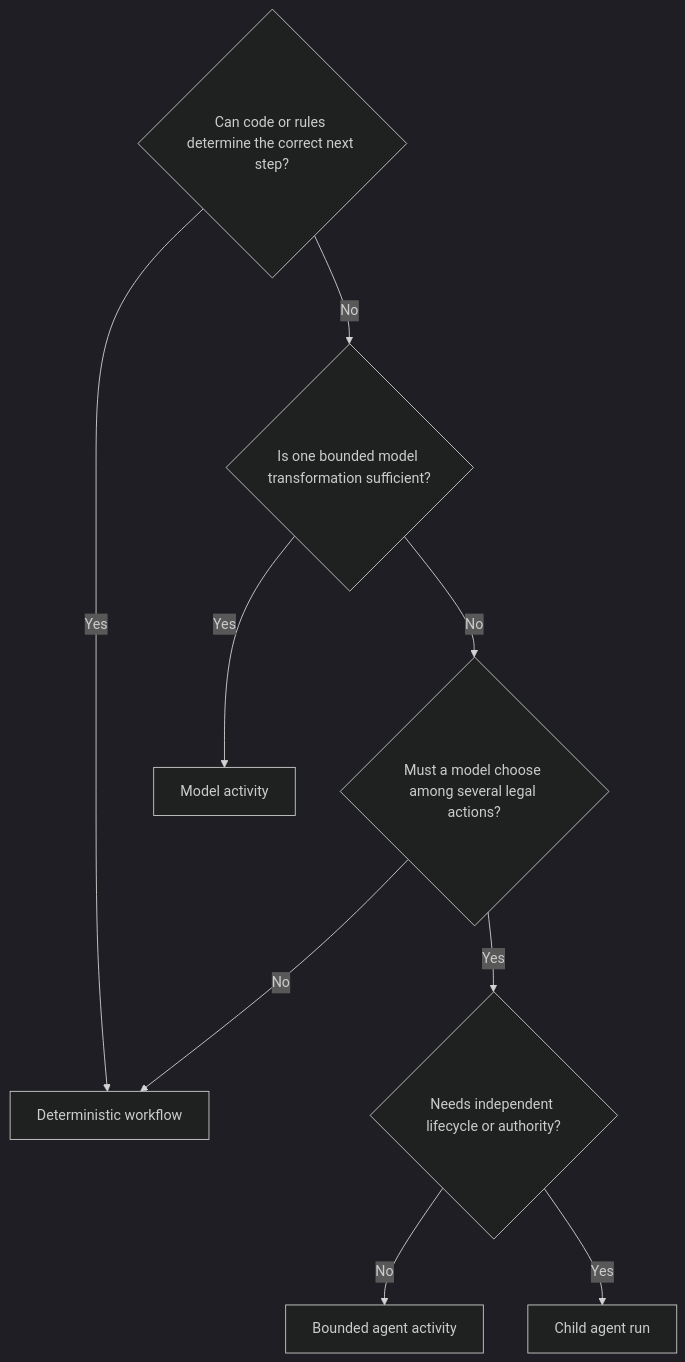
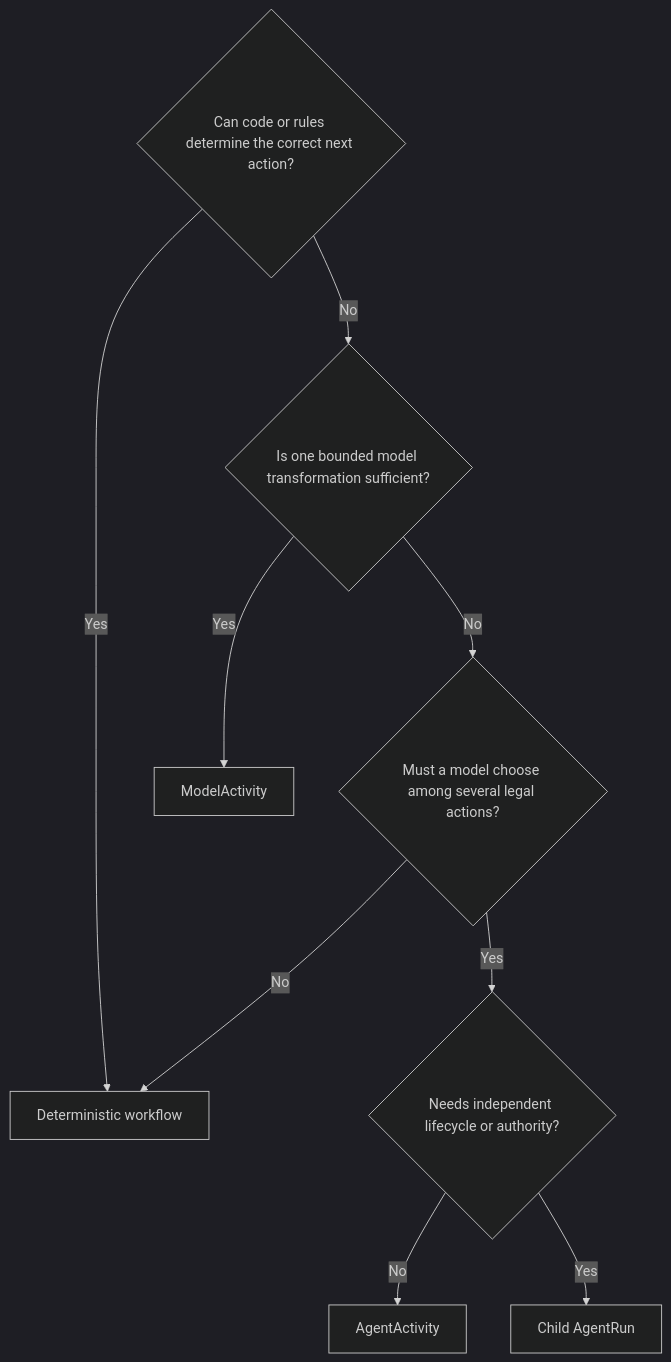
The diagram in decisions/decision-guide.mdx (thaithienvanid/agentic-reference-architecture), drawn with Mermaid (dark theme) before and after one commit. The commit also changed other lines of this file, not shown here.

````diff
--- a/decisions/decision-guide.mdx
+++ b/decisions/decision-guide.mdx
@@ -10,20 +12,20 @@
 ```mermaid
 flowchart TB
-    Known{"Can code or rules determine the correct next step?"}
+    Known{"Can code or rules determine the correct next action?"}
     Deterministic["Deterministic workflow"]
     Cognition{"Is one bounded model transformation sufficient?"}
-    Model["Model activity"]
+    Model["ModelActivity"]
     Choice{"Must a model choose among several legal actions?"}
-    Agent["Bounded agent activity"]
+    Agent["AgentActivity"]
     Independent{"Needs independent lifecycle or authority?"}
-    Child["Child agent run"]
+    Child["Child AgentRun"]
 
     Known -->|Yes| Deterministic
     Known -->|No| Cognition
     Cognition -->|Yes| Model
     Cognition -->|No| Choice
     Choice -->|No| Deterministic
     Choice -->|Yes| Independent
     Independent -->|No| Agent
     Independent -->|Yes| Child
 ```
````
